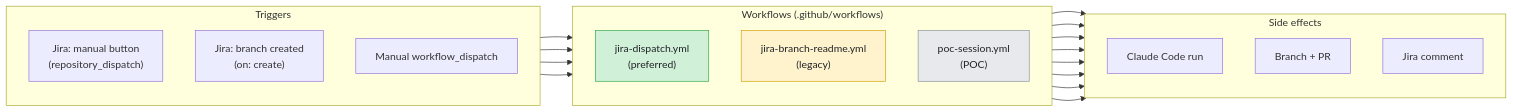
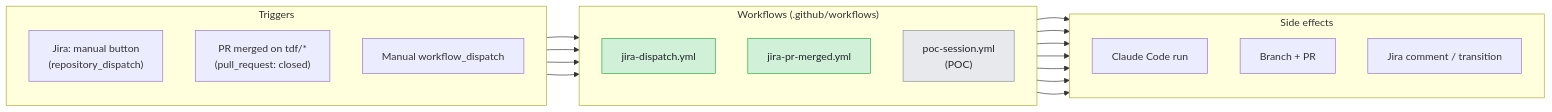
The first of 2 diagrams in docs/workflows.md (NurMind-com/The_Dark_Factory), drawn with Mermaid before and after one commit. The commit also changed other lines of this file and 11 other files, not shown here.

````diff
--- a/docs/workflows.md
+++ b/docs/workflows.md
@@ -26,43 +26,41 @@
 ```mermaid
 flowchart LR
     subgraph TR["Triggers"]
         direction TB
         JM["Jira: manual button<br/>(repository_dispatch)"]
-        JB["Jira: branch created<br/>(on: create)"]
+        PRM["PR merged on tdf/*<br/>(pull_request: closed)"]
         MD["Manual workflow_dispatch"]
     end
 
     subgraph WF["Workflows (.github/workflows)"]
         direction TB
-        WD["jira-dispatch.yml<br/>(preferred)"]:::pref
-        WB["jira-branch-readme.yml<br/>(legacy)"]:::legacy
+        WD["jira-dispatch.yml"]:::pref
+        WM["jira-pr-merged.yml"]:::pref
         WP["poc-session.yml<br/>(POC)"]:::poc
     end
 
     subgraph OUT["Side effects"]
         direction TB
         CC["Claude Code run"]
         GH["Branch + PR"]
-        JC["Jira comment"]
+        JC["Jira comment / transition"]
     end
 
     JM --> WD
-    JB --> WB
+    PRM --> WM
     MD --> WP
     MD --> WD
 
     WD --> CC
-    WB --> CC
     WP --> CC
 
     WD --> GH
-    WB --> GH
+    WM --> GH
     WP --> GH
 
     WD --> JC
-    WB --> JC
+    WM --> JC
 
     classDef pref fill:#d1f0d8,stroke:#28a745,color:#1f2328
-    classDef legacy fill:#fff3cd,stroke:#d39e00,color:#1f2328
     classDef poc fill:#e7e9ec,stroke:#868e96,color:#1f2328
 ```
````
